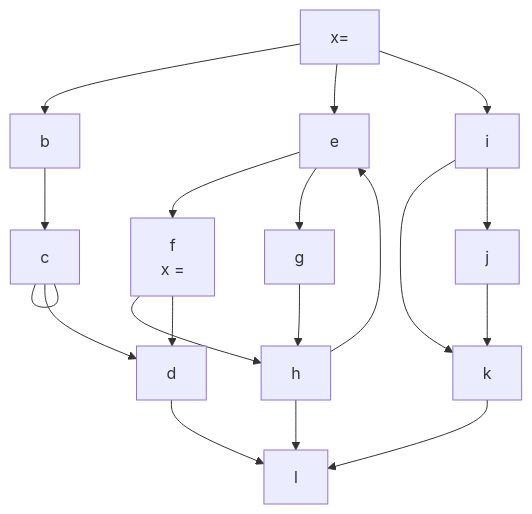
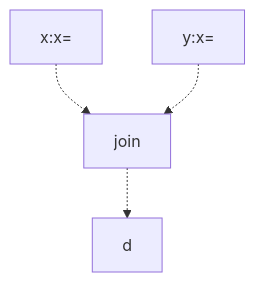
Before and after one commit to normrubin/normrubin.github.io: the fifth of 25 diagrams in lectures/06_ssa.qmd, drawn with Mermaid. The commit also changed other lines of this file and 2 other files, not shown here.

````diff
--- a/lectures/06_ssa.qmd
+++ b/lectures/06_ssa.qmd
@@ -376,26 +279,12 @@
 ```{mermaid}
 %%{init: {"flowchart": {"htmlLabels": false}} }%%
+
 graph TB
-a[x=]
-a-->b
-a--> e
-a--> i
-
-b-->c
-c--- c
-c--> d
-e--> f["f
-  x = "]
-e--> g
-g--> h
-f--> h
-h-->l
-f--> d
-h--> e
-i--> k
-i--> j
-j--> k
-k--> l
-d--> l
-
+a["x:x="]
+b["y:x="]
+c[join]
+d
+a-.-> c
+b-.-> c
+c-.->d 
 ```
````
